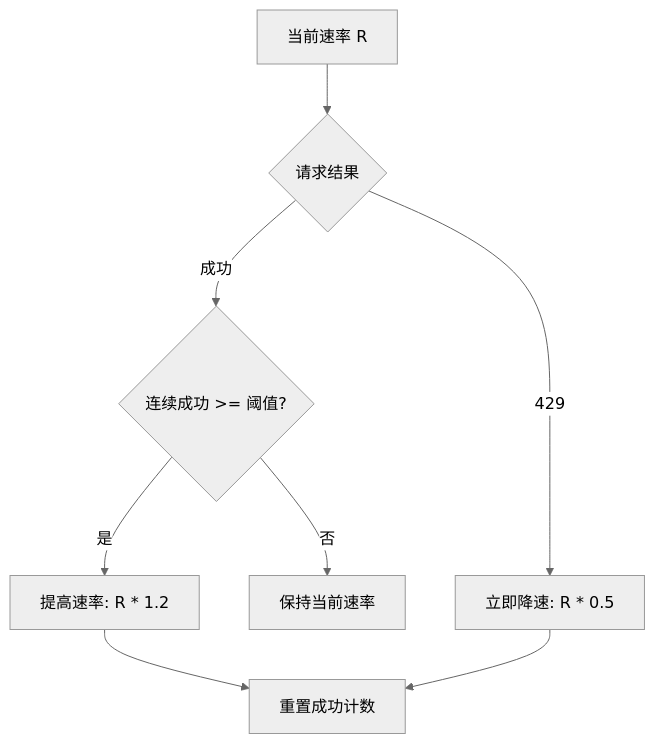
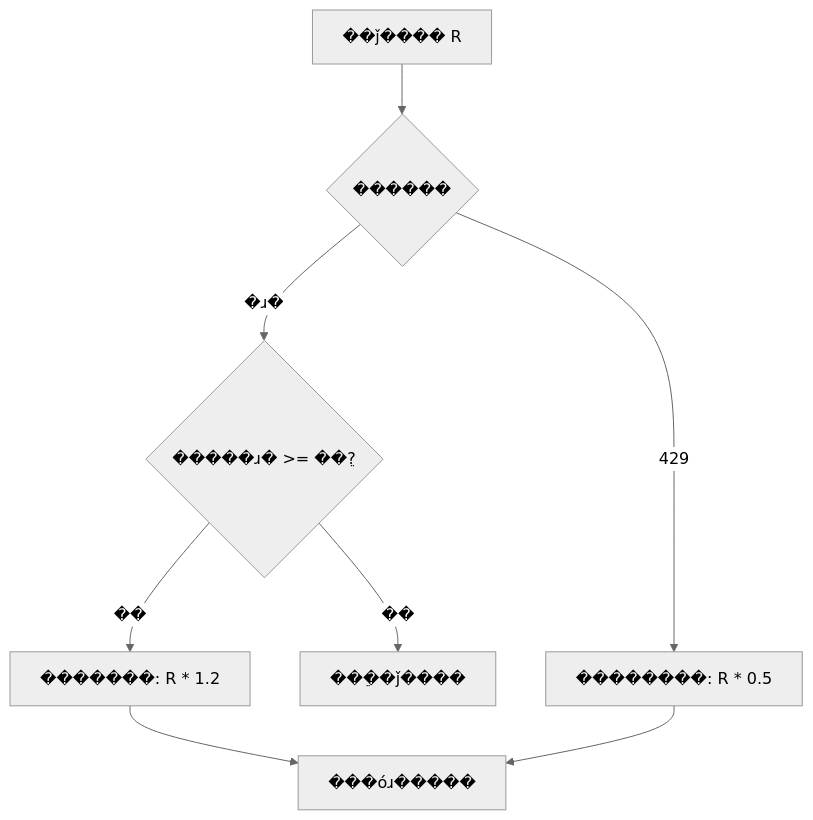
One commit to TimeHunter618/hugo-maid-dev changed the fifth of 6 diagrams in content/post/ai-interview/429速率限制怎么解决.zh-CN.md. Above: the diagram before and after it, drawn with Mermaid (neutral theme). The commit also changed other lines of this file and 70 other files, not shown here.

````diff
--- a/content/post/ai-interview/429速率限制怎么解决.zh-CN.md
+++ b/content/post/ai-interview/429速率限制怎么解决.zh-CN.md
@@ -347,10 +347,10 @@
 ```mermaid
 graph TD
-    A["当前速率 R"] --> B{请求结果}
-    B -->|成功| C{连续成功 >= 阈值?}
-    C -->|是| D["提高速率: R * 1.2"]
-    C -->|否| E[保持当前速率]
-    B -->|429| F["立即降速: R * 0.5"]
-    D --> G[重置成功计数]
+    A["��ǰ���� R"] --> B{������}
+    B -->|�ɹ�| C{�����ɹ� >= ��ֵ?}
+    C -->|��| D["�������: R * 1.2"]
+    C -->|��| E[���ֵ�ǰ����]
+    B -->|429| F["��������: R * 0.5"]
+    D --> G[���óɹ�����]
     F --> G
 ```
````
